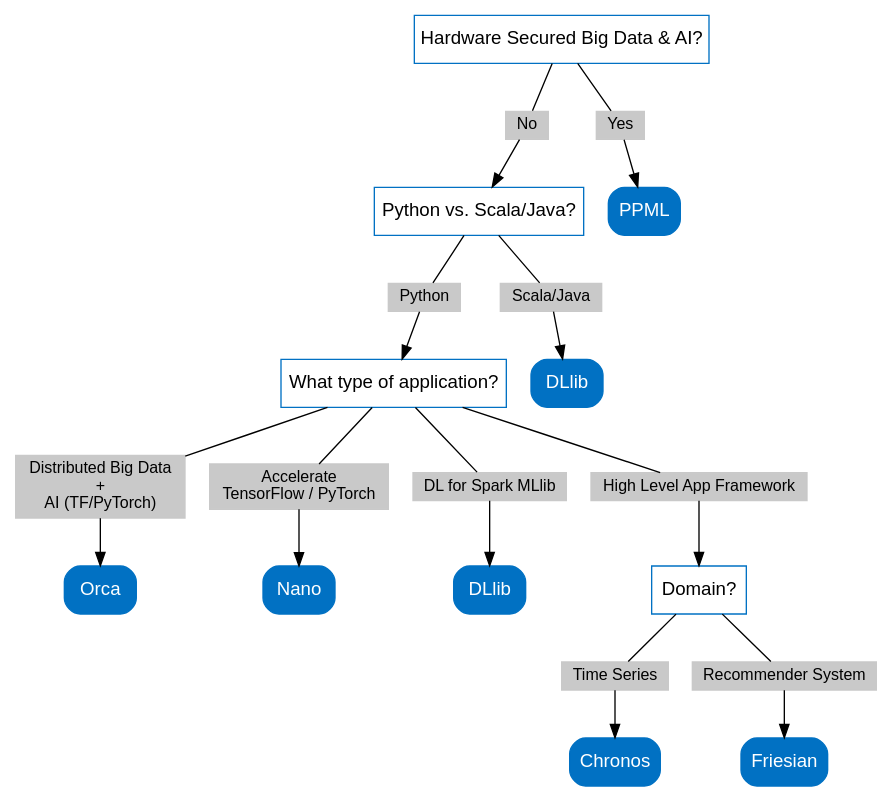
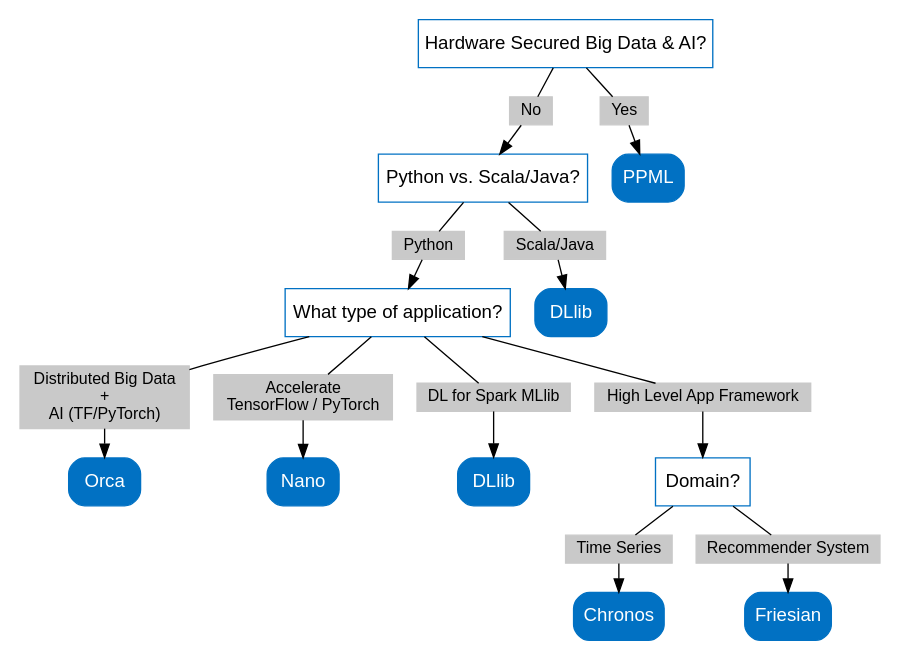
Before and after one commit to intel-analytics/ipex-llm: the diagram in docs/readthedocs/source/index.rst, drawn with Graphviz. The commit also changed 1 other file, not shown here.

Commit message:
Update decision tree

```diff
--- a/docs/readthedocs/source/index.rst
+++ b/docs/readthedocs/source/index.rst
@@ -18,53 +18,54 @@
 .. graphviz::
 
     digraph BigDLDecisionTree {
+        graph [pad=0.1 ranksep=0.3]
         node [color="#0171c3" shape=box fontname="Arial" fontsize=14]
         
         Feature1 [label="Hardware Secured Big Data & AI?"]
         Feature2 [label="Python vs. Scala/Java?"]
         Feature3 [label="What type of application?"]
         Feature4 [label="Domain?"]
         
         Orca[href="../doc/Orca/index.html" target="_blank" target="_blank" style="rounded,filled" fontcolor="#ffffff"]
         Nano[href="../doc/Nano/index.html" target="_blank" target="_blank" style="rounded,filled" fontcolor="#ffffff"]
         DLlib1[label="DLlib" href="../doc/DLlib/index.html" target="_blank" style="rounded,filled" fontcolor="#ffffff"]
         DLlib2[label="DLlib" href="../doc/DLlib/index.html" target="_blank" style="rounded,filled" fontcolor="#ffffff"]
         Chronos[href="../doc/Chronos/index.html" target="_blank" style="rounded,filled" fontcolor="#ffffff"]
         Friesian[href="../doc/Friesian/index.html" target="_blank" style="rounded,filled" fontcolor="#ffffff"]
         PPML[href="../doc/PPML/index.html" target="_blank" style="rounded,filled" fontcolor="#ffffff"]
         
         ArrowLabel1[label="No" fontsize=12 width=0.1 height=0.1 style=filled color="#c9c9c9"]
         ArrowLabel2[label="Yes" fontsize=12 width=0.1 height=0.1 style=filled color="#c9c9c9"]
         ArrowLabel3[label="Python" fontsize=12 width=0.1 height=0.1 style=filled color="#c9c9c9"]
         ArrowLabel4[label="Scala/Java" fontsize=12 width=0.1 height=0.1 style=filled color="#c9c9c9"]
         ArrowLabel5[label="Distributed Big Data \n + \n AI (TF/PyTorch)" fontsize=12 width=0.1 height=0.1 style=filled color="#c9c9c9"]
         ArrowLabel6[label="Accelerate \n TensorFlow / PyTorch" fontsize=12 width=0.1 height=0.1 style=filled color="#c9c9c9"]
         ArrowLabel7[label="DL for Spark MLlib" fontsize=12 width=0.1 height=0.1 style=filled color="#c9c9c9"]
         ArrowLabel8[label="High Level App Framework" fontsize=12 width=0.1 height=0.1 style=filled color="#c9c9c9"]
         ArrowLabel9[label="Time Series" fontsize=12 width=0.1 height=0.1 style=filled color="#c9c9c9"]
         ArrowLabel10[label="Recommender System" fontsize=12 width=0.1 height=0.1 style=filled color="#c9c9c9"]
         
         Feature1 -> ArrowLabel1[dir=none]
         ArrowLabel1 -> Feature2
         Feature1 -> ArrowLabel2[dir=none]
         ArrowLabel2 -> PPML
         
         Feature2 -> ArrowLabel3[dir=none]
         ArrowLabel3 -> Feature3
         Feature2 -> ArrowLabel4[dir=none]
         ArrowLabel4 -> DLlib1
         
         Feature3 -> ArrowLabel5[dir=none]
          ArrowLabel5 -> Orca
         Feature3 -> ArrowLabel6[dir=none]
         ArrowLabel6 -> Nano
         Feature3 -> ArrowLabel7[dir=none]
         ArrowLabel7 -> DLlib2
         Feature3 -> ArrowLabel8[dir=none]
         ArrowLabel8 -> Feature4
         
         Feature4 -> ArrowLabel9[dir=none]
         ArrowLabel9 -> Chronos
         Feature4 -> ArrowLabel10[dir=none]
         ArrowLabel10 -> Friesian
     }
```
